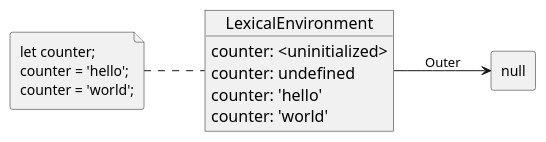
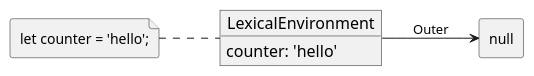
Before and after one commit to znanjie/rerurn-true-to-win: the diagram in static/puml/lexical-var.puml, drawn with PlantUML. The commit also changed 3 other files, not shown here.

```diff
--- a/static/puml/lexical-var.puml
+++ b/static/puml/lexical-var.puml
@@ -1,24 +1,19 @@
-@startuml LexicalEnvironmentVar
+@startuml LexicalEnvironmentDeclaration
 skinparam {
     FileFontSize 14
     ObjectAttributeFontSize 14
     ObjectFontSize 16
 }
 agent agent [
     null
 ]
 file counter [
-    let counter;
-    counter = 'hello';
-    counter = 'world';
+    let counter = 'hello';
 ]
 object LexicalEnvironment
-LexicalEnvironment : counter: <uninitialized>
-LexicalEnvironment : counter: undefined
 LexicalEnvironment : counter: 'hello'
-LexicalEnvironment : counter: 'world'
 
 left to right direction
 counter .. LexicalEnvironment
 LexicalEnvironment --> agent: Outer
 @enduml
```
